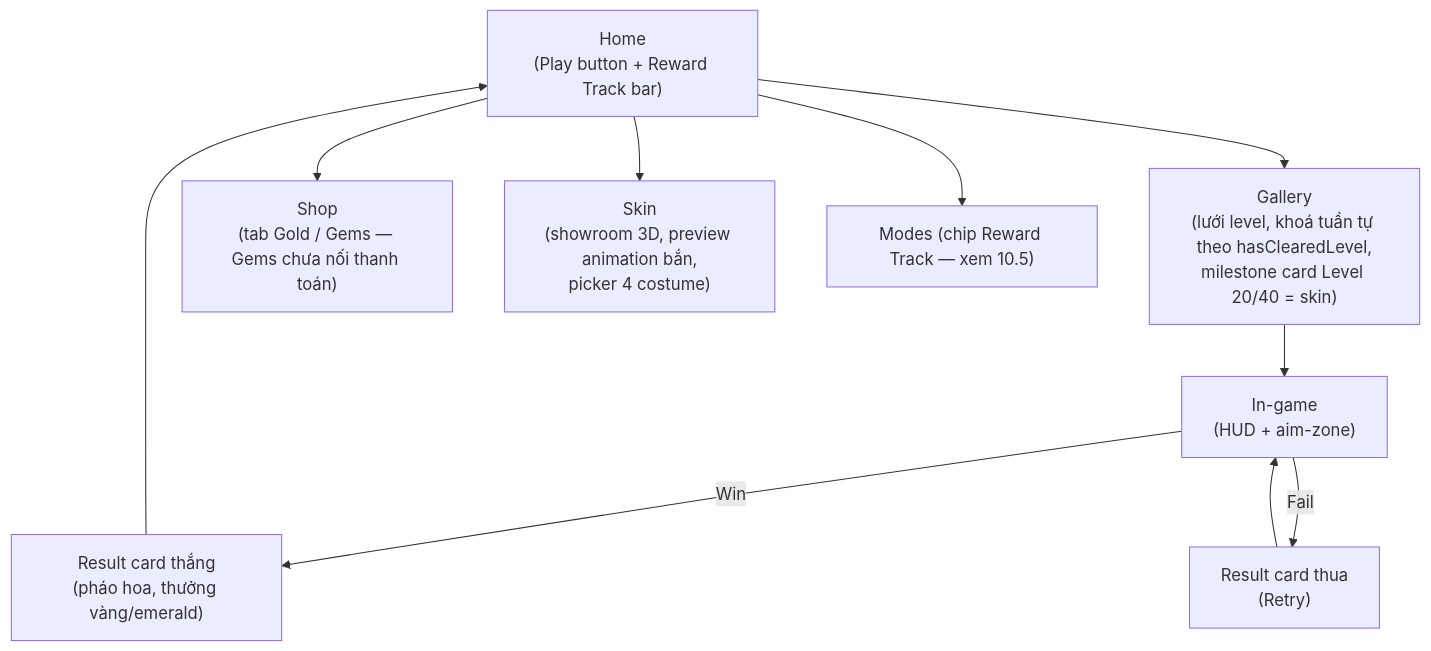
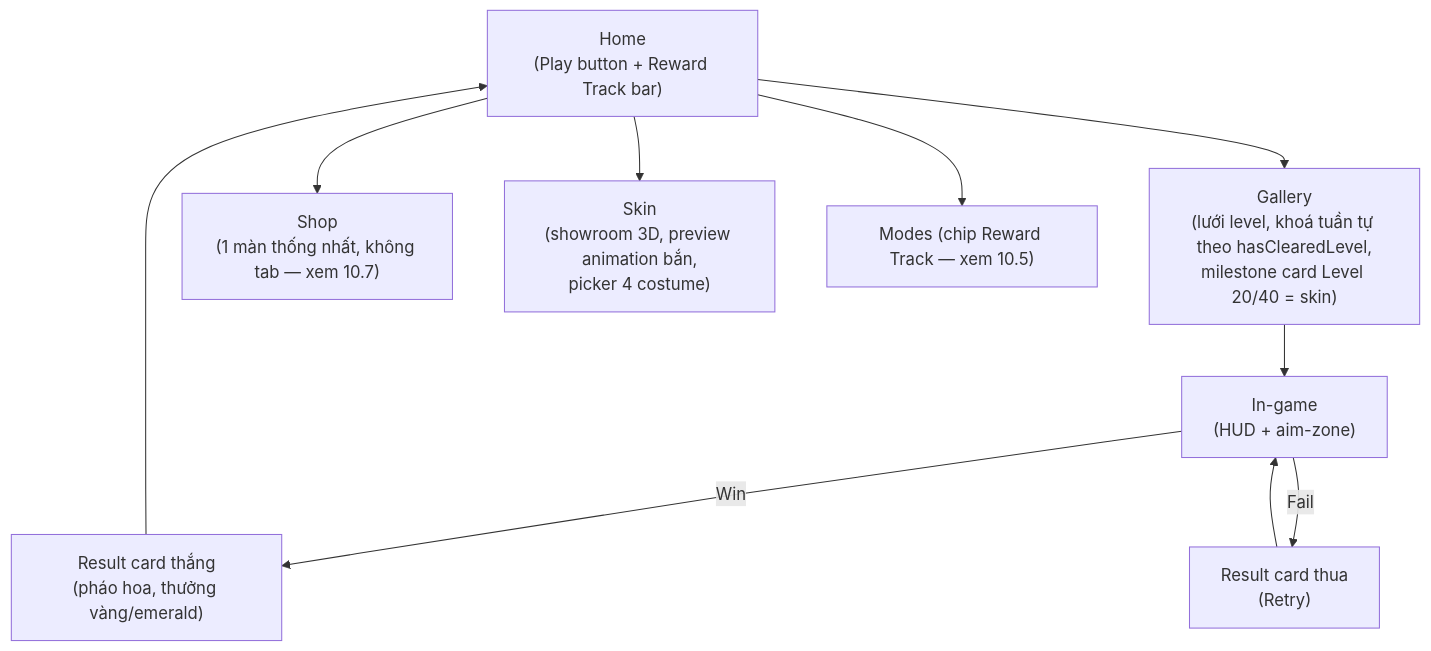
Before and after one commit to nhuay2404/HuyNN8_FinalProject: the third of 3 diagrams in GDD.md, drawn with Mermaid. The commit also changed other lines of this file and 25 other files, not shown here.

````diff
--- a/GDD.md
+++ b/GDD.md
@@ -602,13 +711,13 @@
 ```mermaid
 flowchart TB
     Home["Home\n(Play button + Reward Track bar)"]
     Home --> Gallery["Gallery\n(lưới level, khoá tuần tự theo hasClearedLevel,\nmilestone card Level 20/40 = skin)"]
-    Home --> Shop["Shop\n(tab Gold / Gems — Gems chưa nối thanh toán)"]
+    Home --> Shop["Shop\n(1 màn thống nhất, không tab — xem 10.7)"]
     Home --> Skin["Skin\n(showroom 3D, preview animation bắn,\npicker 4 costume)"]
     Home --> Modes["Modes (chip Reward Track — xem 10.5)"]
     Gallery --> InGame["In-game\n(HUD + aim-zone)"]
     InGame -->|Win| WinCard["Result card thắng\n(pháo hoa, thưởng vàng/emerald)"]
     InGame -->|Fail| FailCard["Result card thua\n(Retry)"]
     WinCard --> Home
     FailCard --> InGame
 ```
````
